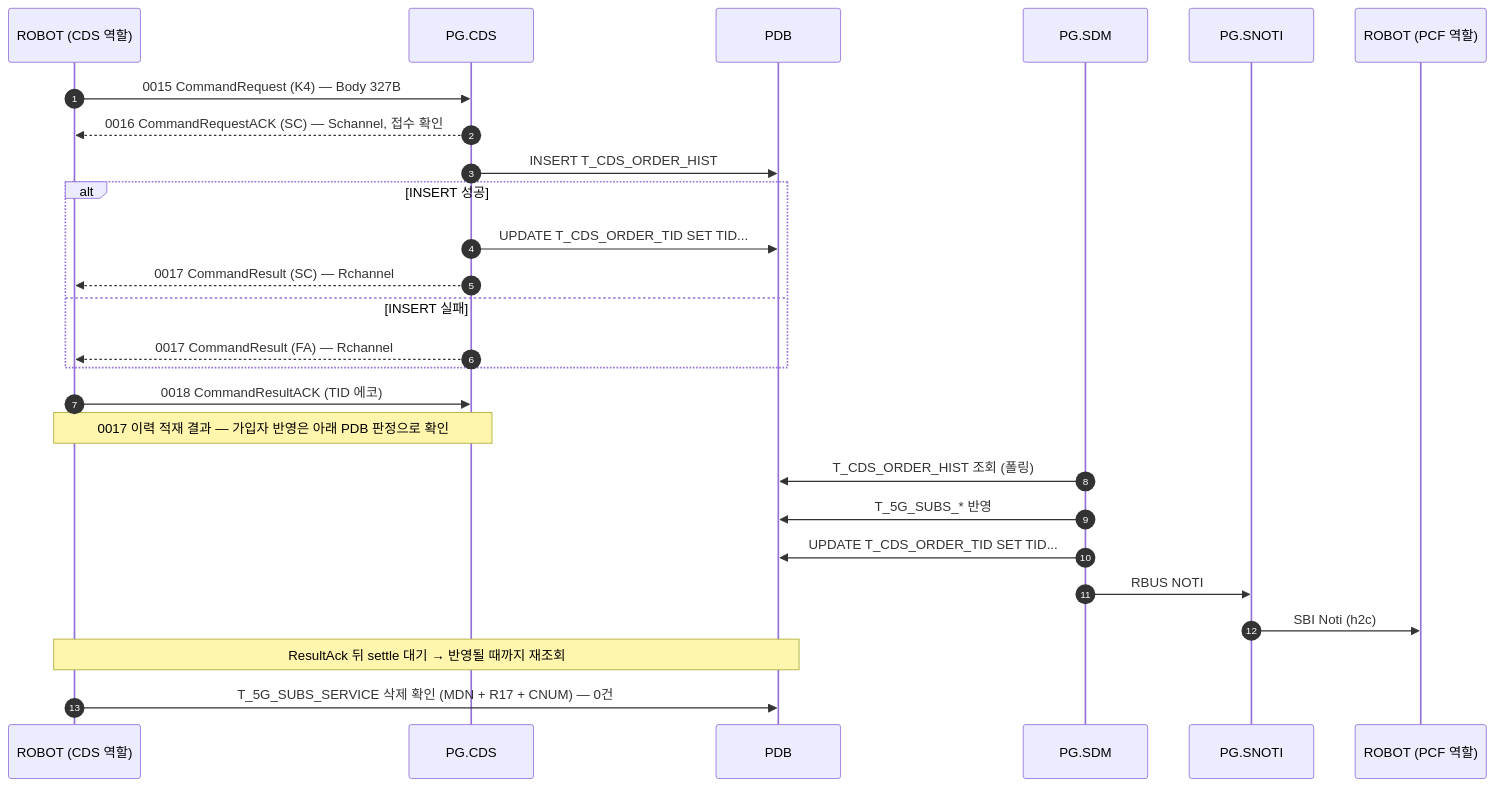
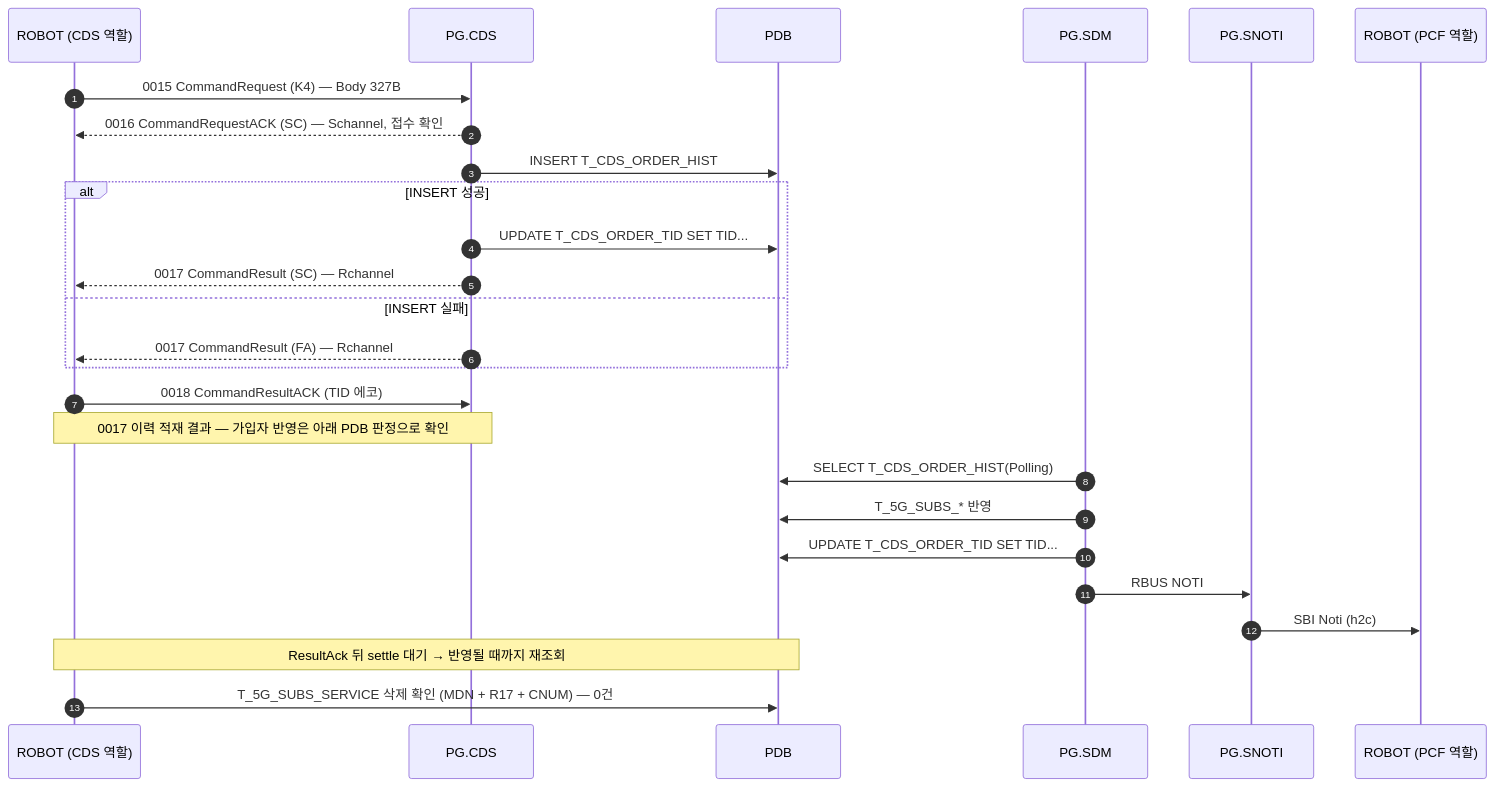
The diagram in docs/callflow/CDS_K4.md (IanKim2030/tc4robot), drawn with Mermaid before and after one commit. The commit also changed 18 other files, not shown here.

First line of the commit message:
docs: 폴링 단계를 SQL 표기로 (SELECT …(Polling))

````diff
--- a/docs/callflow/CDS_K4.md
+++ b/docs/callflow/CDS_K4.md
@@ -17,30 +17,30 @@
 ```mermaid
 sequenceDiagram
     autonumber
     participant TOOL as ROBOT (CDS 역할)
     participant PCDS as PG.CDS
     participant PDB as PDB
     participant SDM as PG.SDM
     participant SNOTI as PG.SNOTI
     participant PCF as ROBOT (PCF 역할)
 
     TOOL->>PCDS: 0015 CommandRequest (K4) — Body 327B
     PCDS-->>TOOL: 0016 CommandRequestACK (SC) — Schannel, 접수 확인
     PCDS->>PDB: INSERT T_CDS_ORDER_HIST
     alt INSERT 성공
         PCDS->>PDB: UPDATE T_CDS_ORDER_TID SET TID...
         PCDS-->>TOOL: 0017 CommandResult (SC) — Rchannel
     else INSERT 실패
         PCDS-->>TOOL: 0017 CommandResult (FA) — Rchannel
     end
     TOOL->>PCDS: 0018 CommandResultACK (TID 에코)
     Note over TOOL,PCDS: 0017 이력 적재 결과 — 가입자 반영은 아래 PDB 판정으로 확인
 
-    SDM->>PDB: T_CDS_ORDER_HIST 조회 (폴링)
+    SDM->>PDB: SELECT T_CDS_ORDER_HIST(Polling)
     SDM->>PDB: T_5G_SUBS_* 반영
     SDM->>PDB: UPDATE T_CDS_ORDER_TID SET TID...
     SDM->>SNOTI: RBUS NOTI
     SNOTI->>PCF: SBI Noti (h2c)
     Note over TOOL,PDB: ResultAck 뒤 settle 대기 → 반영될 때까지 재조회
     TOOL->>PDB: T_5G_SUBS_SERVICE 삭제 확인 (MDN + R17 + CNUM) — 0건
 ```
````
